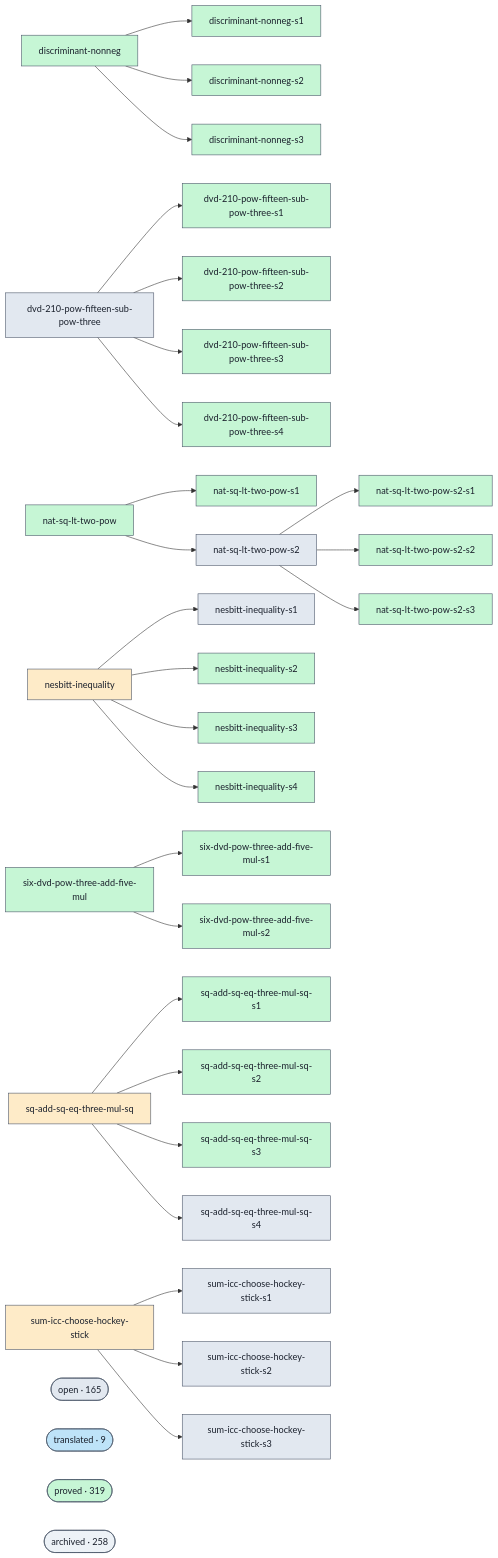
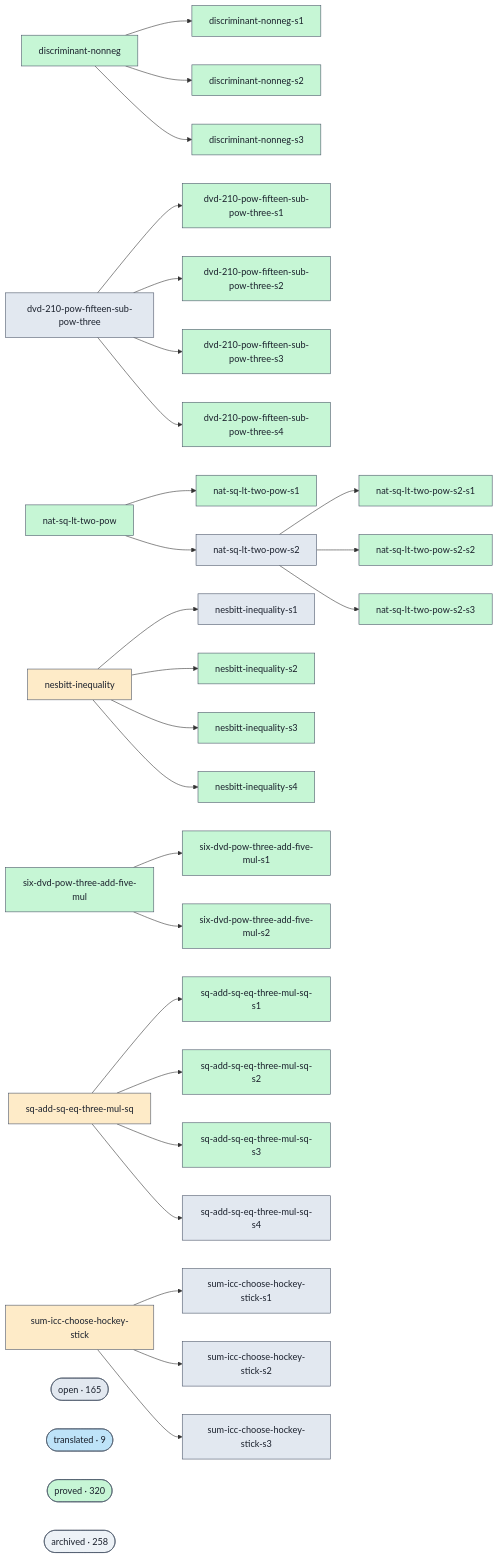
The diagram in docs/proofs-contributors-visualisation.md (ohdearquant/unsorry), drawn with Mermaid before and after one commit. The commit also changed other lines of this file and 2 other files, not shown here.

```diff
--- a/docs/proofs-contributors-visualisation.md
+++ b/docs/proofs-contributors-visualisation.md
@@ -147,7 +147,7 @@
   class cluster_open open;
   cluster_translated(["translated · 9"])
   class cluster_translated translated;
-  cluster_proved(["proved · 319"])
+  cluster_proved(["proved · 320"])
   class cluster_proved proved;
   cluster_archived(["archived · 258"])
   class cluster_archived unknown;
```
